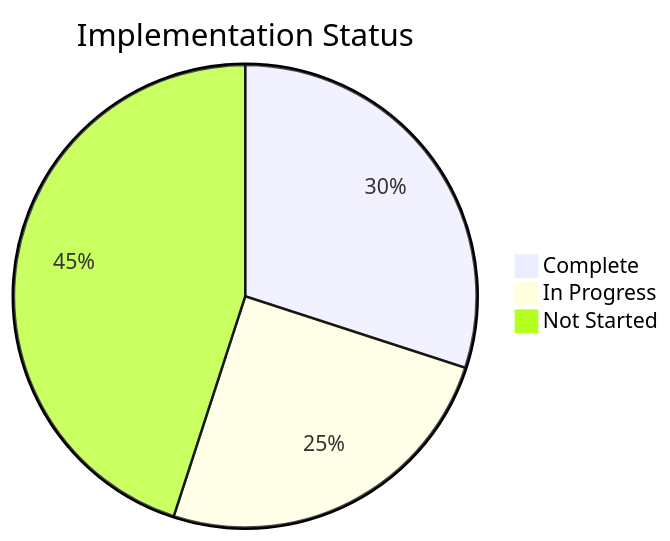
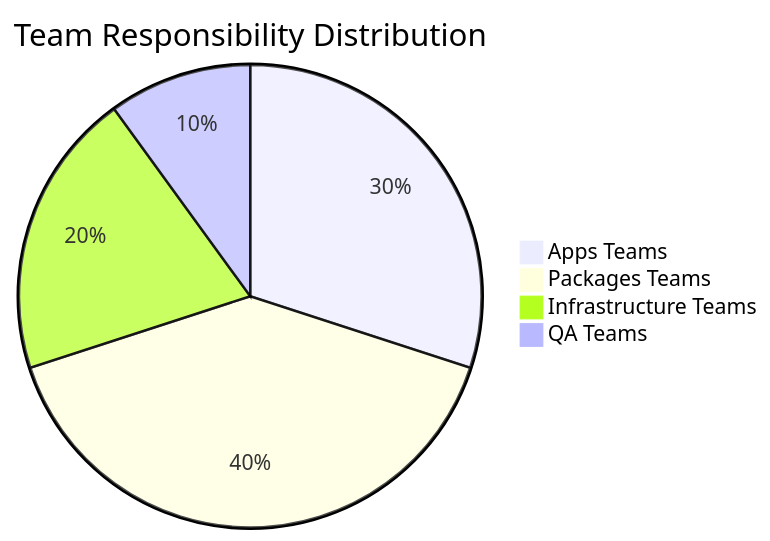
The tenth of 13 diagrams in docs/user.md (positivemultiplier/posmul), drawn with Mermaid before and after one commit. The commit also changed other lines of this file and 4 other files, not shown here.

````diff
--- a/docs/user.md
+++ b/docs/user.md
@@ -270,6 +368,7 @@
 ```mermaid
-pie title Implementation Status
-    "Complete" : 30
-    "In Progress" : 25
-    "Not Started" : 45
+pie title Team Responsibility Distribution
+    "Apps Teams" : 30
+    "Packages Teams" : 40
+    "Infrastructure Teams" : 20
+    "QA Teams" : 10
 ```
````
